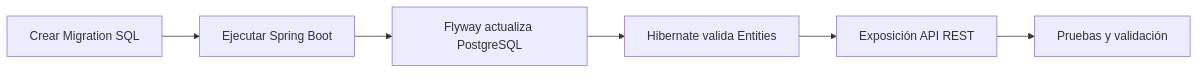
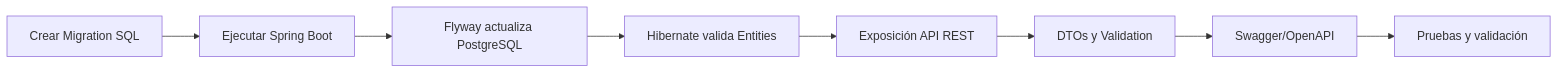
One commit to Nahuellunacab/protecciones-trazabilidad changed the sixth of 6 diagrams in README.md. Above: the diagram before and after it, drawn with Mermaid. The commit also changed other lines of this file, not shown here.

Commit message:
docs: update README with enterprise backend architecture

````diff
--- a/README.md
+++ b/README.md
@@ -396,14 +554,18 @@
 ```mermaid
 flowchart LR
 
     A[Crear Migration SQL]
         --> B[Ejecutar Spring Boot]
 
     B --> C[Flyway actualiza PostgreSQL]
 
     C --> D[Hibernate valida Entities]
 
     D --> E[Exposición API REST]
 
-    E --> F[Pruebas y validación]
+    E --> F[DTOs y Validation]
+
+    F --> G[Swagger/OpenAPI]
+
+    G --> H[Pruebas y validación]
 ```
````
